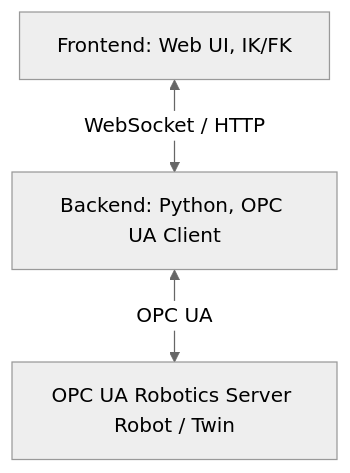
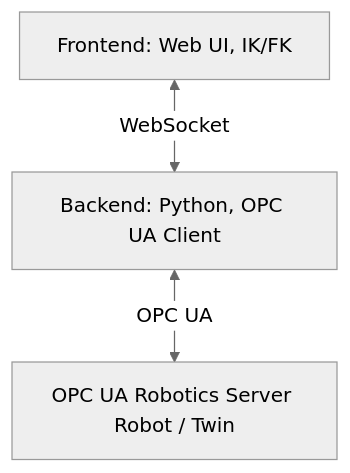
One commit to ahmreuther/robot-control-framework changed the diagram in docs/architecture.md. Above: the diagram before and after it, drawn with Mermaid (neutral theme). The commit also changed other lines of this file and 5 other files, not shown here.

````diff
--- a/docs/architecture.md
+++ b/docs/architecture.md
@@ -19,5 +19,5 @@
 ```mermaid
 flowchart TD
     C[Backend Python, OPC UA Client] <-->|OPC UA| B[OPC UA Robotics Server Robot / Twin]
-    A[Frontend: Web UI, IK/FK] <-->|WebSocket / HTTP| C[Backend: Python, OPC UA Client]
+    A[Frontend: Web UI, IK/FK] <-->|WebSocket| C[Backend: Python, OPC UA Client]
 ```
````
